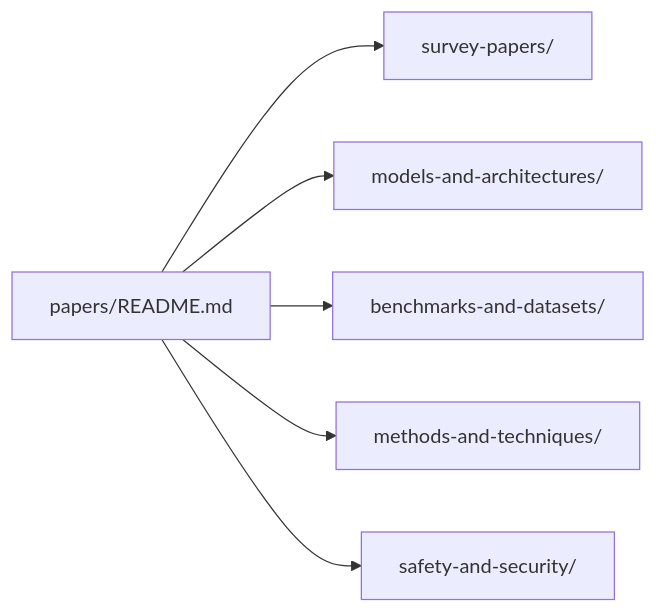
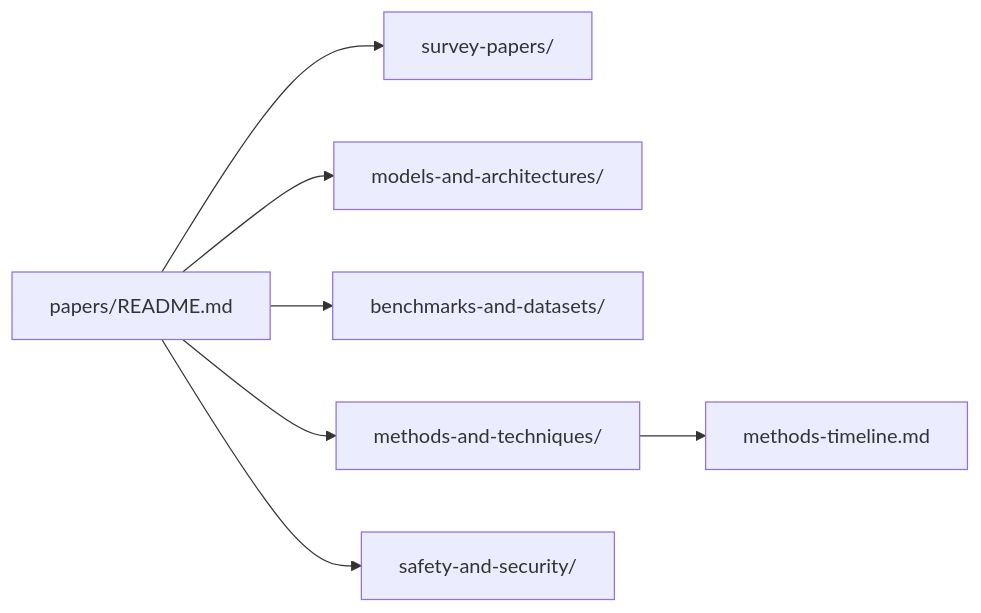
Before and after one commit to wjhou/awesome-computer-use-agents: the diagram in reports/link-audit/per-paper-report.md, drawn with Mermaid. The commit also changed other lines of this file and 95 other files, not shown here.

Commit message:
Add code artifacts and methods timeline to reports

````diff
--- a/reports/link-audit/per-paper-report.md
+++ b/reports/link-audit/per-paper-report.md
@@ -12,8 +14,9 @@
 ```mermaid
 flowchart LR
   Index[papers/README.md] --> Surveys[survey-papers/]
   Index --> Models[models-and-architectures/]
   Index --> Benchmarks[benchmarks-and-datasets/]
   Index --> Methods[methods-and-techniques/]
   Index --> Safety[safety-and-security/]
+  Methods --> Timeline[methods-timeline.md]
 ```
````
